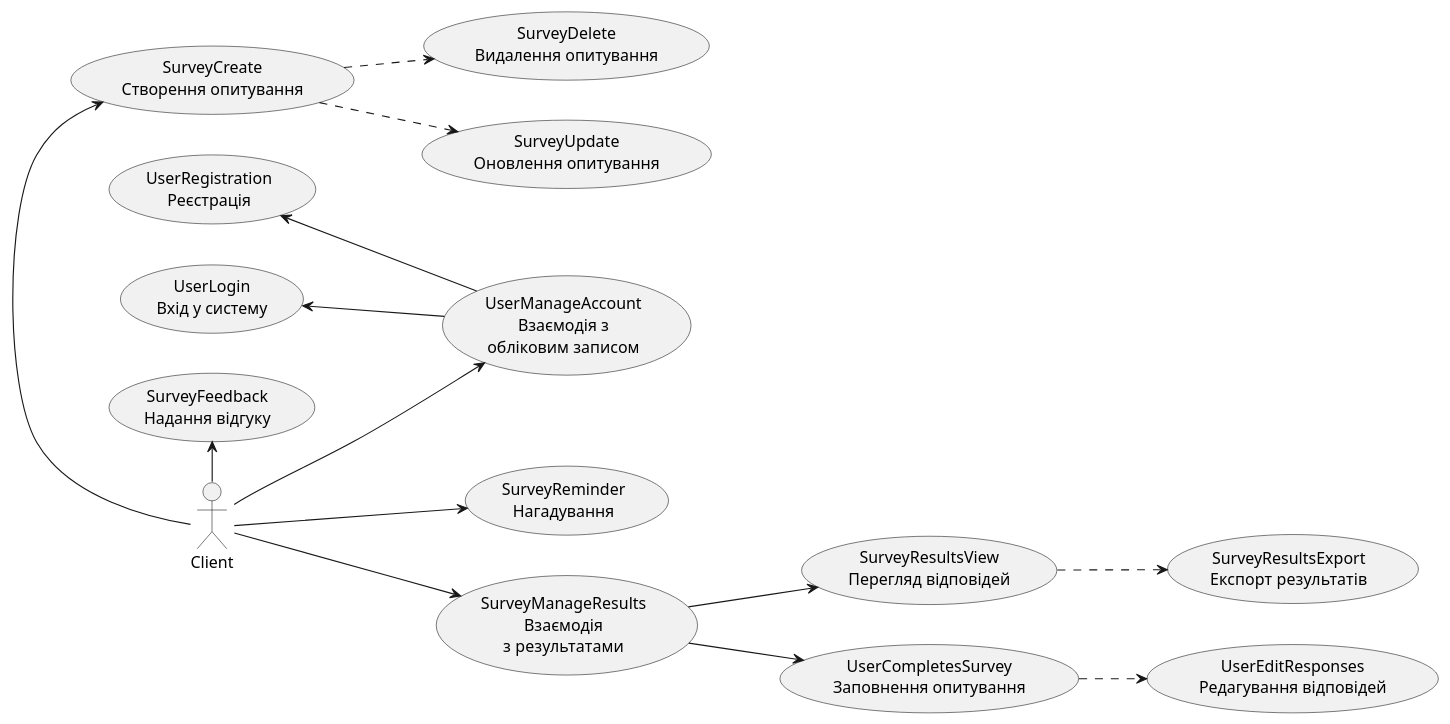
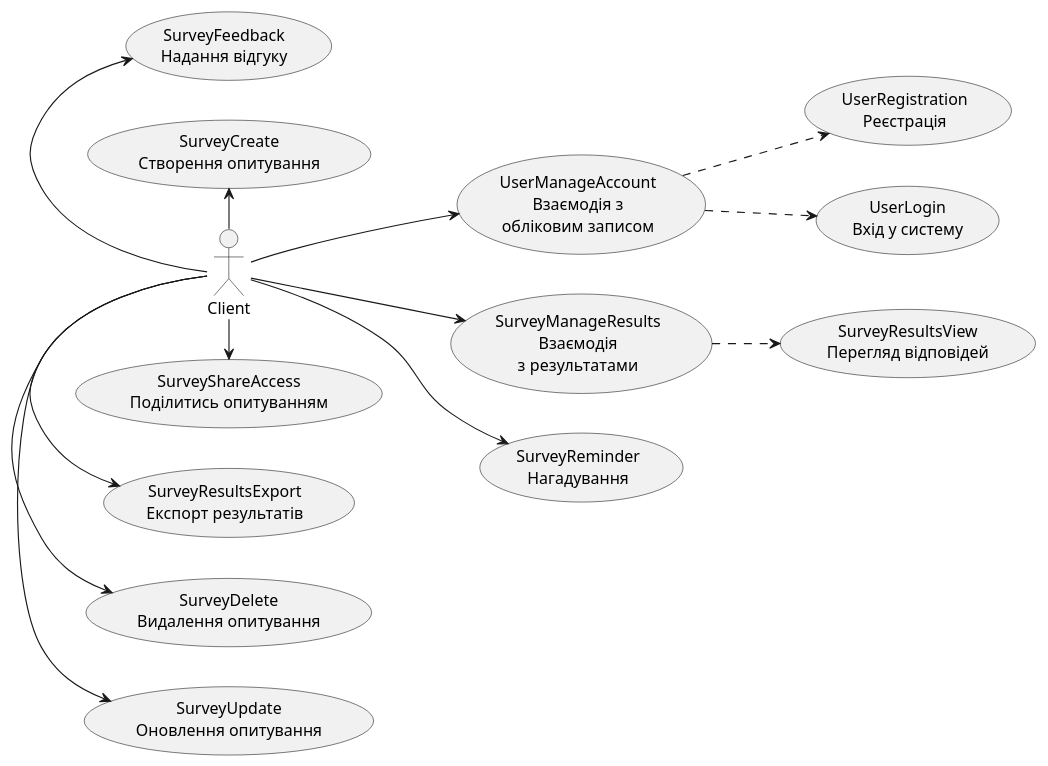
Before and after one commit to sunnytea0/db_labs_my: the second of 3 diagrams in docs/use cases/README.md, drawn with PlantUML.

Commit message:
#23: edit README.md
Fixed some issues with schema.

```diff
--- a/docs/use cases/README.md
+++ b/docs/use cases/README.md
@@ -47,48 +47,43 @@
 @startuml
 
     left to right direction
 
     actor Client
 
     ' Група взаємодії з обліковим записом
     usecase "UserManageAccount\nВзаємодія з\nобліковим записом" as UInteraction
     usecase "UserRegistration\nРеєстрація" as URegister
     usecase "UserLogin\nВхід у систему" as ULogin
 
-    UInteraction -u-> URegister
-    UInteraction -u-> ULogin
+    UInteraction ..> URegister
+    UInteraction ..> ULogin
 
     ' Група взаємодії з результатами
     usecase "SurveyManageResults\nВзаємодія\nз результатами" as SResults
     usecase "SurveyResultsView\nПерегляд відповідей" as SView
-    usecase "UserCompletesSurvey\nЗаповнення опитування" as SComplete
 
-    SResults -d-> SView
-    SResults -d-> SComplete
+    SResults ..> SView
 
     ' Інші сценарії роботи з опитуваннями
     usecase "SurveyCreate\nСтворення опитування" as SCreate
     usecase "SurveyUpdate\nОновлення опитування" as SUpdate
     usecase "SurveyDelete\nВидалення опитування" as SDelete
     usecase "SurveyReminder\nНагадування" as SReminder
-
-    usecase "UserEditResponses\nРедагування відповідей" as SEdit
     usecase "SurveyResultsExport\nЕкспорт результатів" as SExport
     usecase "SurveyFeedback\nНадання відгуку" as SFeedback
+    usecase "SurveyShareAccess\nПоділитись опитуванням" as SShare
 
     Client -[hidden]-> UInteraction
 
     ' Зв'язки клієнта
     Client -u-> UInteraction
     Client -d-> SResults
     Client -l-> SCreate
+    Client -r-> SUpdate
+    Client -r-> SDelete
+    Client -r-> SExport
     Client -d-> SReminder
     Client -l-> SFeedback
-
-    ' Допоміжні сценарії
-    SView ..> SExport
-    SComplete ..> SEdit
-    SCreate ..> SUpdate
-    SCreate ..> SDelete
+    Client -r-> SShare
 
 @enduml
```
